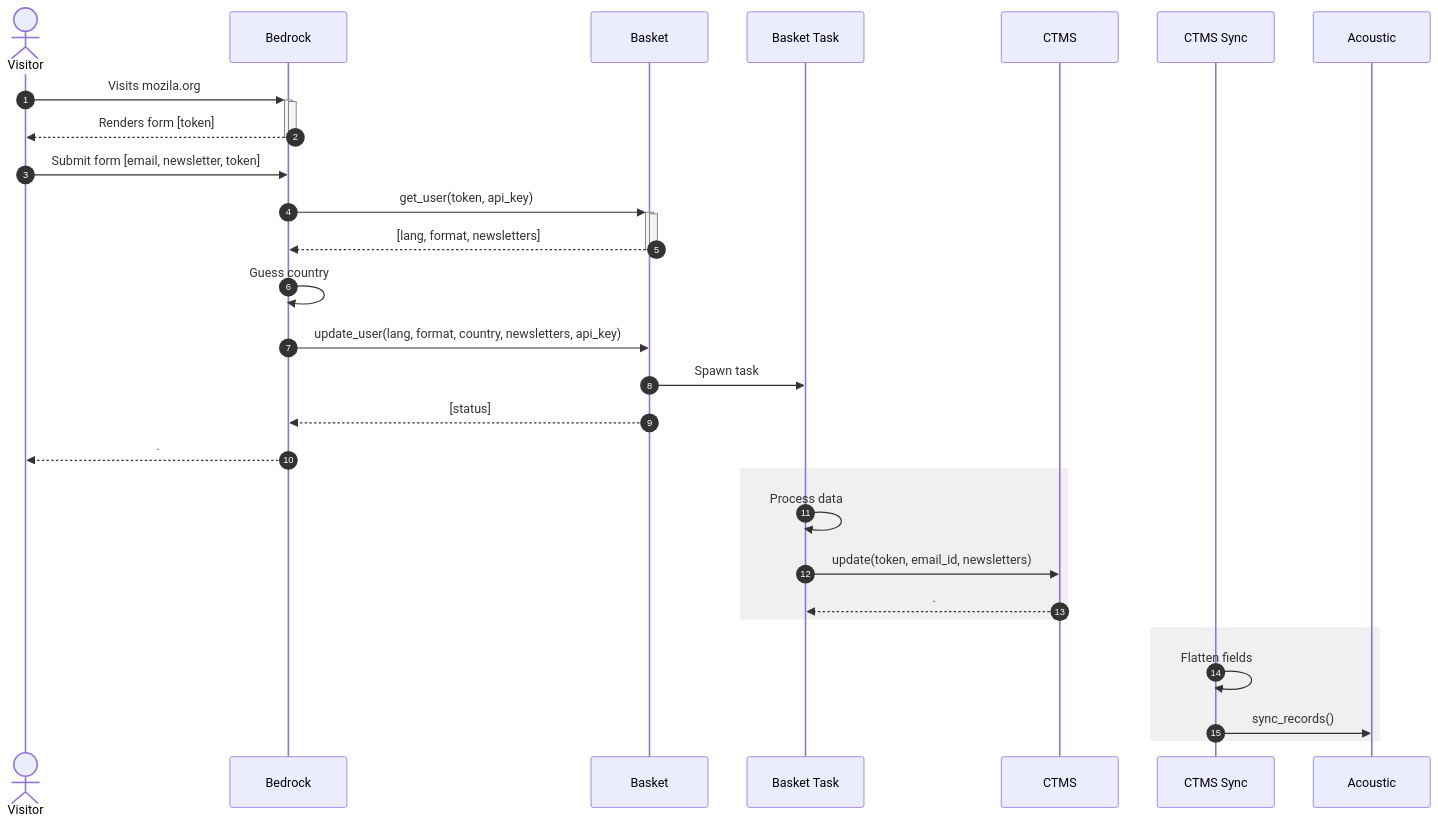
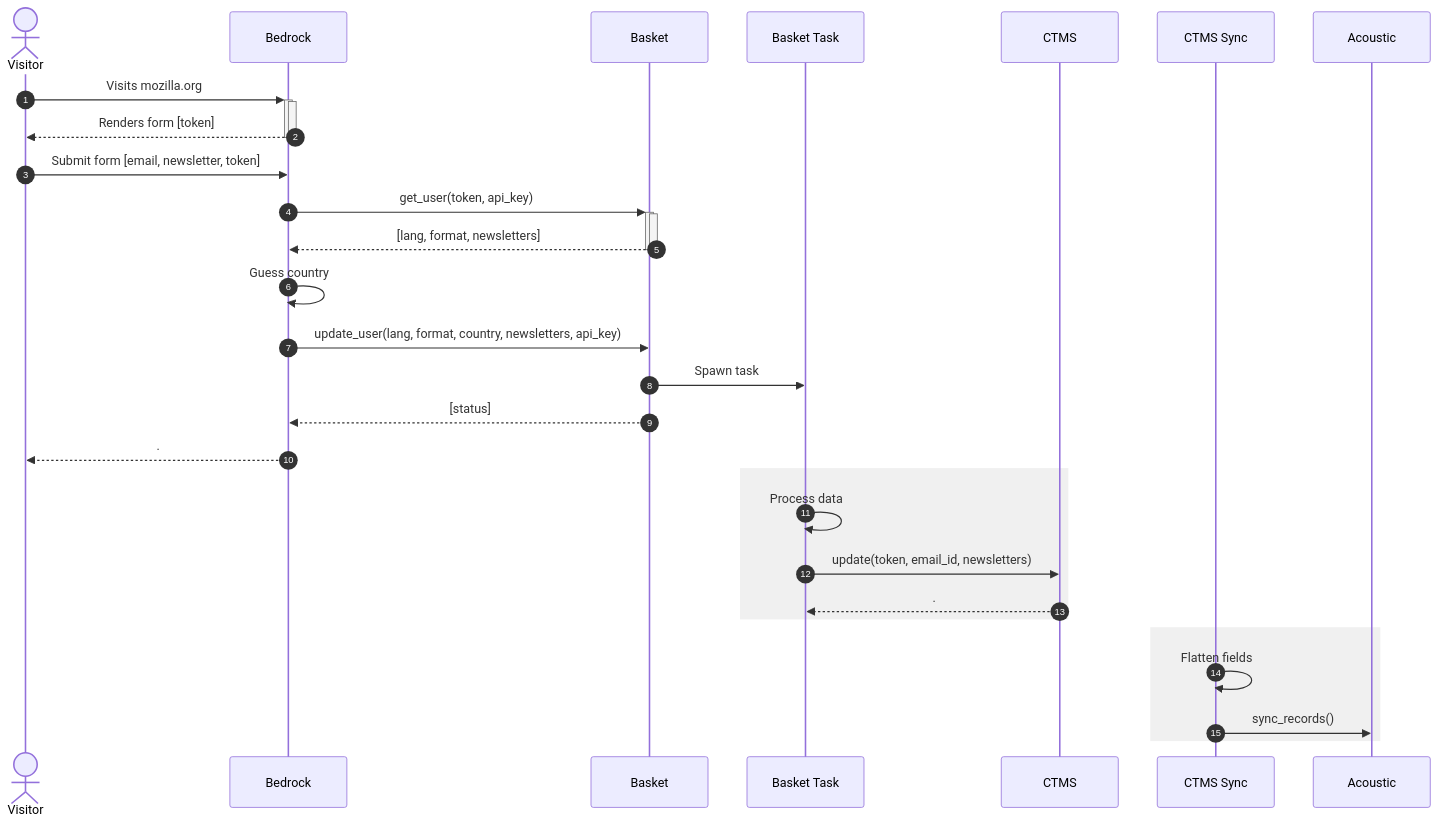
The diagram in docs/diagrams/bedrock_basket_ctms_acoustic.md (mozilla-it/ctms-api), drawn with Mermaid before and after one commit.

````diff
--- a/docs/diagrams/bedrock_basket_ctms_acoustic.md
+++ b/docs/diagrams/bedrock_basket_ctms_acoustic.md
@@ -5,48 +5,48 @@
 ```mermaid
 sequenceDiagram
     autonumber
     actor Visitor
-    Visitor->>+Bedrock: Visits mozila.org
+    Visitor->>+Bedrock: Visits mozilla.org
     activate Bedrock
     Bedrock-->>-Visitor: Renders form [token]
     deactivate Bedrock
 
     Visitor->>Bedrock: Submit form [email, newsletter, token]
 
     Bedrock->>+Basket: get_user(token, api_key)
     activate Basket
     Basket-->>-Bedrock: [lang, format, newsletters]
     deactivate Basket
 
     Bedrock->>Bedrock: Guess country
     %% https://github.com/mozilla/bedrock/pull/10608
 
     Bedrock->>Basket: update_user(lang, format, country, newsletters, api_key)
     %% https://github.com/mozilla/bedrock/blob/857129a9089bc2927e797a776880ab3b9f6d9f9a/bedrock/newsletter/views.py#L433
 
     Basket->>Basket Task: Spawn task
     %% https://github.com/mozmeao/basket/blob/77f98bb63c70cecbb3ec8d69b512df67abce8c63/basket/news/views.py#L681
 
     Basket-->>Bedrock: [status]
     Bedrock-->>Visitor: .
 
     rect rgb(240,240,240)
     Basket Task->>Basket Task: Process data
     %% https://github.com/mozmeao/basket/blob/77f98bb63c70cecbb3ec8d69b512df67abce8c63/basket/news/backends/ctms.py#L199
 
     Basket Task->>CTMS: update(token, email_id, newsletters)
     %% https://github.com/mozmeao/basket/blob/77f98bb63c70cecbb3ec8d69b512df67abce8c63/basket/news/tasks.py#L654
 
     %% https://github.com/mozilla-it/ctms-api/blob/6f903aeb90b65c170f34485e1cc4b3755839daaf/ctms/crud.py#L563
 
     CTMS-->>Basket Task: .
     end
 
     rect rgb(240,240,240)
     CTMS Sync->>CTMS Sync: Flatten fields
     %% https://github.com/mozilla-it/ctms-api/blob/cde9694e2992c2c9d8315ba9c6954c50a6facf37/ctms/acoustic_service.py#L62
 
     CTMS Sync->>Acoustic: sync_records()
     %% https://github.com/mozilla-it/ctms-api/blob/cde9694e2992c2c9d8315ba9c6954c50a6facf37/ctms/bin/acoustic_sync.py
     end
 ```
````
